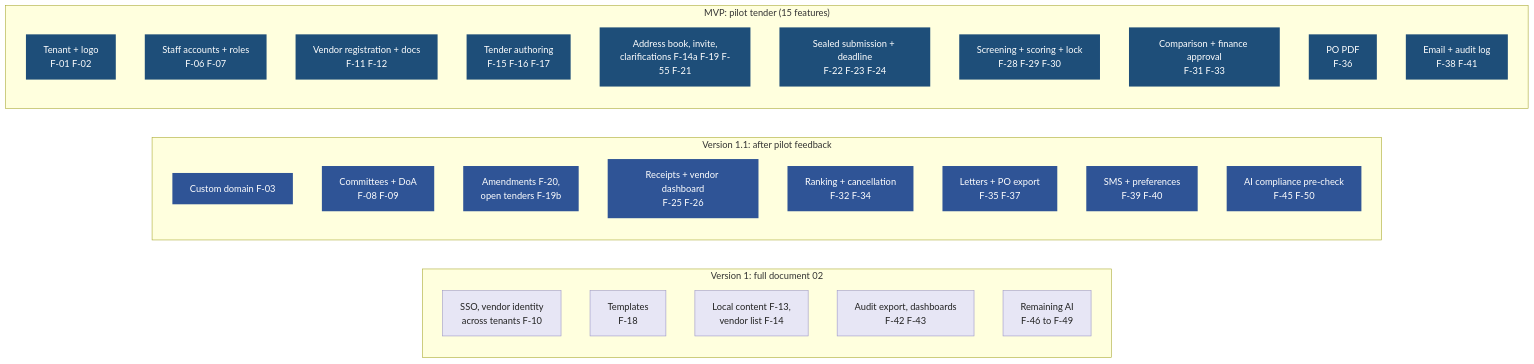
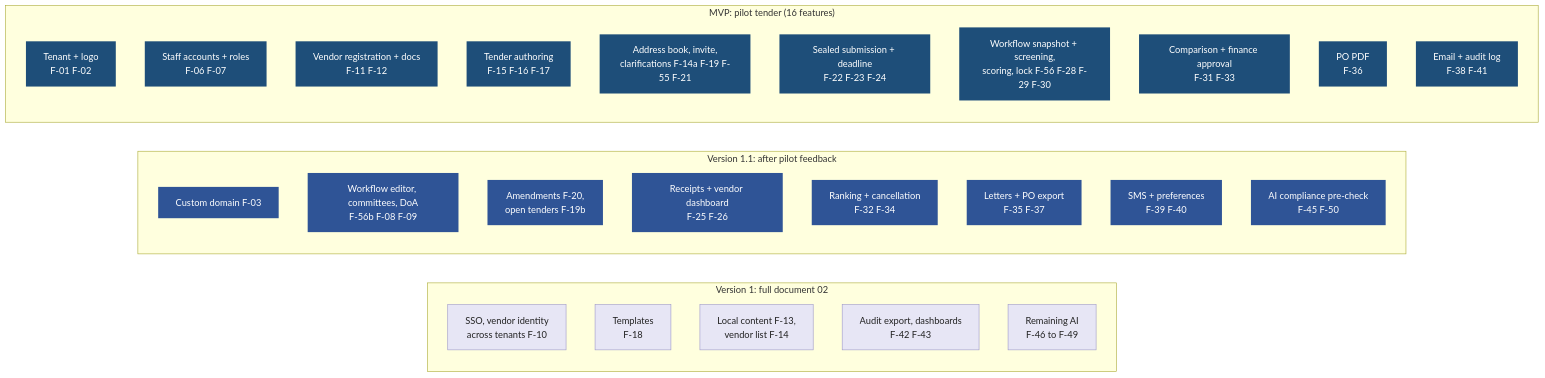
Before and after one commit to AhmedAssaf/ERP: the first of 2 diagrams in docs/05-mvp-scope.md, drawn with Mermaid. The commit also changed other lines of this file and 8 other files, not shown here.

````diff
--- a/docs/05-mvp-scope.md
+++ b/docs/05-mvp-scope.md
@@ -17,41 +17,41 @@
 ```mermaid
 flowchart LR
     classDef mvp fill:#1E4E79,color:#fff,stroke:none
     classDef next fill:#2F5496,color:#fff,stroke:none
     classDef v1 fill:#E7E6F5,color:#222,stroke:#9B96C9
 
     subgraph R3["Version 1: full document 02"]
         direction TB
         C1[SSO, vendor identity<br/>across tenants F-10]:::v1
         C2[Templates<br/>F-18]:::v1
         C3[Local content F-13,<br/>vendor list F-14]:::v1
         C4[Audit export, dashboards<br/>F-42 F-43]:::v1
         C5[Remaining AI<br/>F-46 to F-49]:::v1
     end
 
     subgraph R2["Version 1.1: after pilot feedback"]
         direction TB
         B1[Custom domain F-03]:::next
-        B2[Committees + DoA<br/>F-08 F-09]:::next
+        B2[Workflow editor, committees, DoA<br/>F-56b F-08 F-09]:::next
         B3[Amendments F-20,<br/>open tenders F-19b]:::next
         B4[Receipts + vendor dashboard<br/>F-25 F-26]:::next
         B5[Ranking + cancellation<br/>F-32 F-34]:::next
         B6[Letters + PO export<br/>F-35 F-37]:::next
         B7[SMS + preferences<br/>F-39 F-40]:::next
         B8[AI compliance pre-check<br/>F-45 F-50]:::next
     end
 
-    subgraph R1["MVP: pilot tender (15 features)"]
+    subgraph R1["MVP: pilot tender (16 features)"]
         direction TB
         A1[Tenant + logo<br/>F-01 F-02]:::mvp
         A2[Staff accounts + roles<br/>F-06 F-07]:::mvp
         A3[Vendor registration + docs<br/>F-11 F-12]:::mvp
         A4[Tender authoring<br/>F-15 F-16 F-17]:::mvp
         A5[Address book, invite,<br/>clarifications F-14a F-19 F-55 F-21]:::mvp
         A6[Sealed submission + deadline<br/>F-22 F-23 F-24]:::mvp
-        A7[Screening + scoring + lock<br/>F-28 F-29 F-30]:::mvp
+        A7[Workflow snapshot + screening,<br/>scoring, lock F-56 F-28 F-29 F-30]:::mvp
         A8[Comparison + finance approval<br/>F-31 F-33]:::mvp
         A9[PO PDF<br/>F-36]:::mvp
         A10[Email + audit log<br/>F-38 F-41]:::mvp
     end
 ```
````
